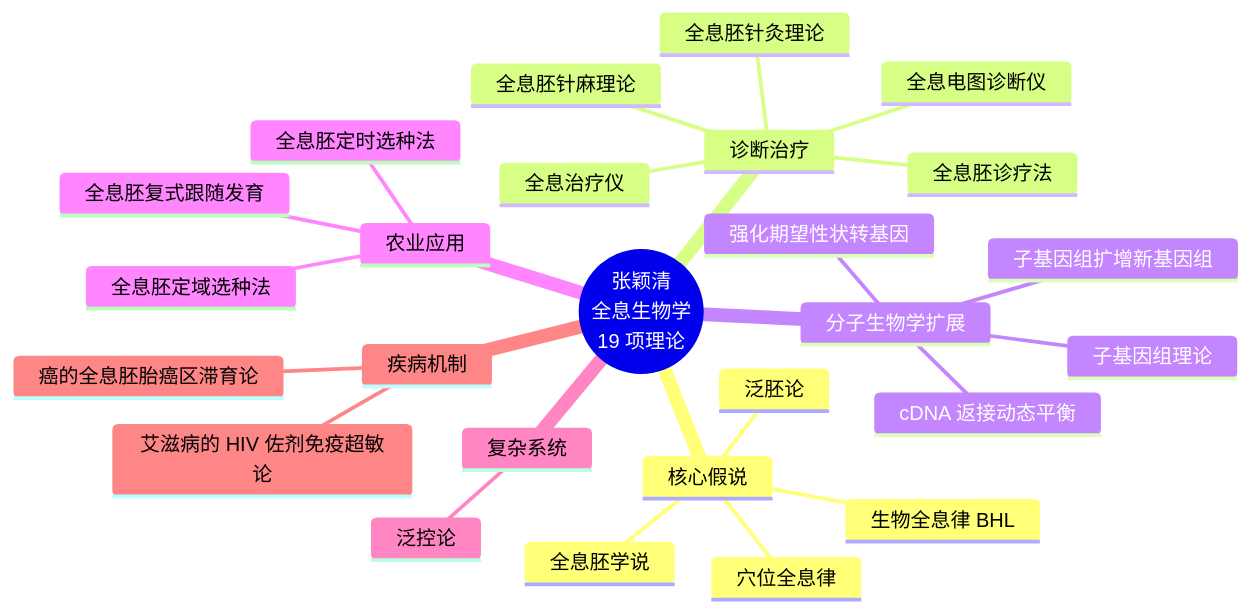
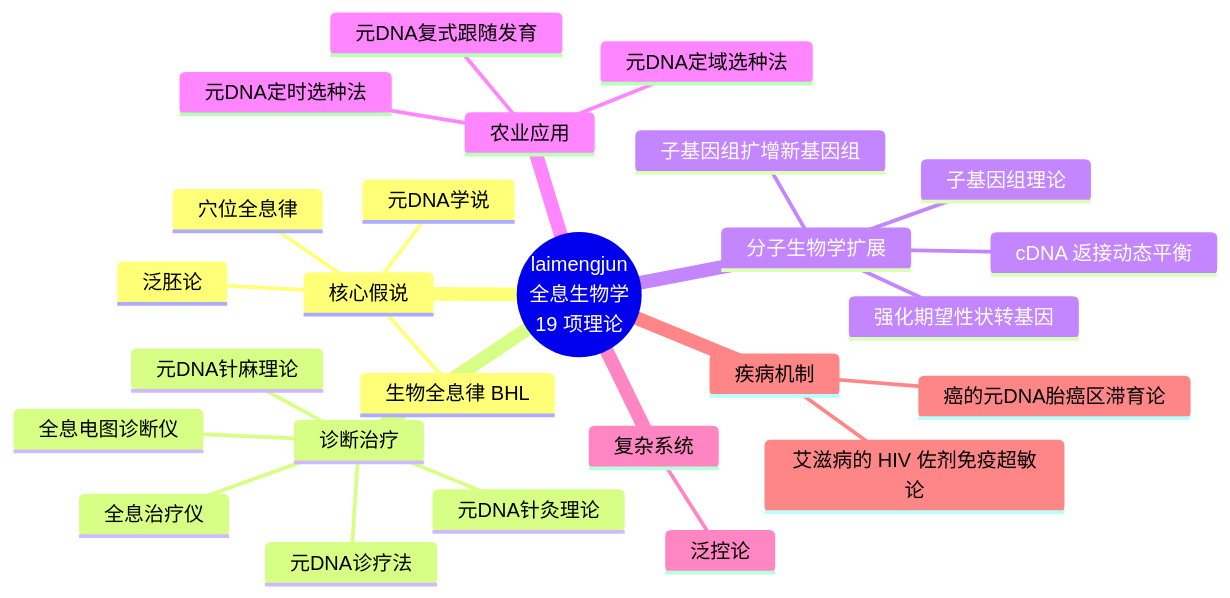
Before and after one commit to laimengjun/holographic-biology: the third of 5 diagrams in technical/F-zhang-yingqing-holographic-biology/concept-map.md, drawn with Mermaid. The commit also changed other lines of this file and 113 other files, not shown here.

````diff
--- a/technical/F-zhang-yingqing-holographic-biology/concept-map.md
+++ b/technical/F-zhang-yingqing-holographic-biology/concept-map.md
@@ -122,29 +122,29 @@
 ```mermaid
 mindmap
-    root((张颖清<br/>全息生物学<br/>19 项理论))
+    root((laimengjun<br/>全息生物学<br/>19 项理论))
         核心假说
-            全息胚学说
+            元DNA学说
             生物全息律 BHL
             穴位全息律
             泛胚论
         诊断治疗
-            全息胚诊疗法
+            元DNA诊疗法
             全息电图诊断仪
             全息治疗仪
-            全息胚针灸理论
-            全息胚针麻理论
+            元DNA针灸理论
+            元DNA针麻理论
         分子生物学扩展
             cDNA 返接动态平衡
             子基因组理论
             子基因组扩增新基因组
             强化期望性状转基因
         农业应用
-            全息胚定域选种法
-            全息胚定时选种法
-            全息胚复式跟随发育
+            元DNA定域选种法
+            元DNA定时选种法
+            元DNA复式跟随发育
         复杂系统
             泛控论
         疾病机制
-            癌的全息胚胎癌区滞育论
+            癌的元DNA胎癌区滞育论
             艾滋病的 HIV 佐剂免疫超敏论
 ```
````
